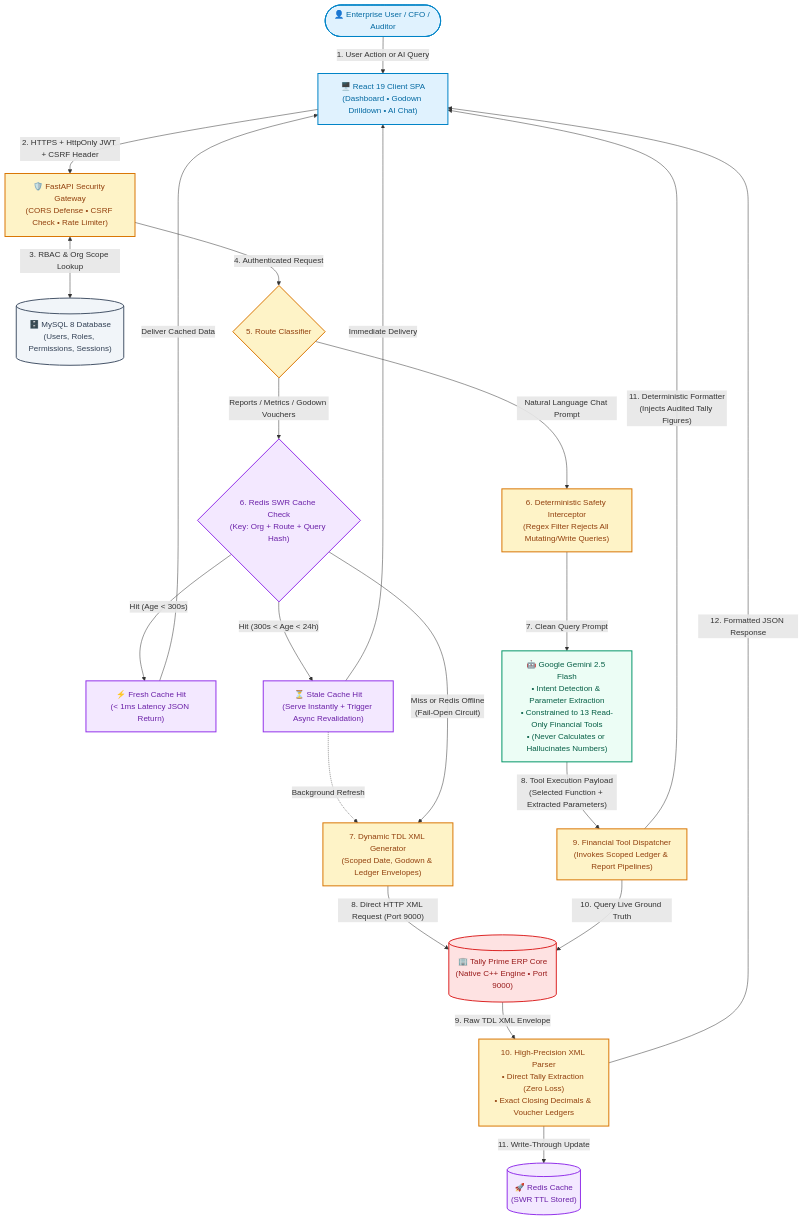
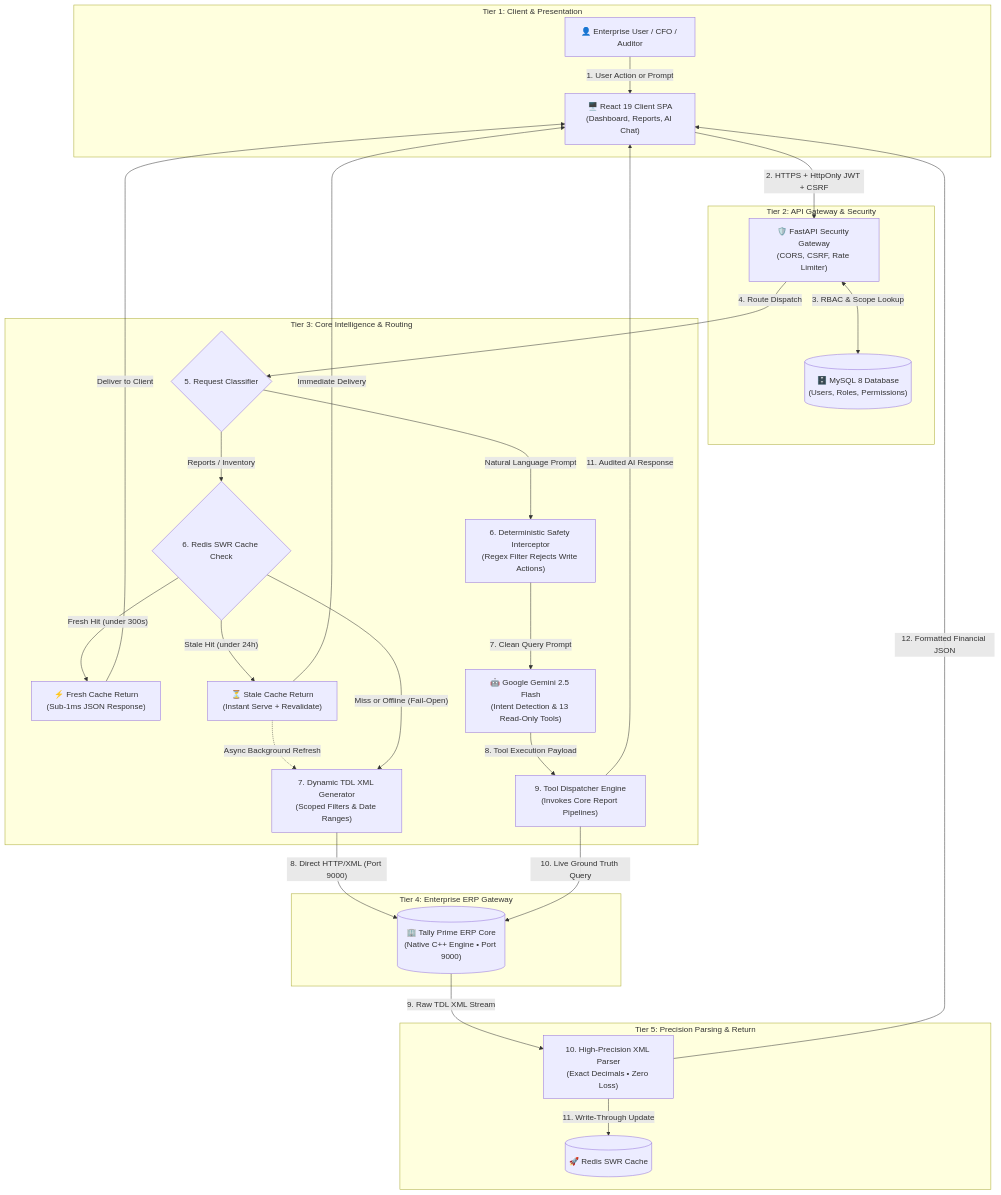
Before and after one commit to MonikaBuilds/tally_finance: the diagram in README.md, drawn with Mermaid. The commit also changed other lines of this file, not shown here.

````diff
--- a/README.md
+++ b/README.md
@@ -18,64 +75,41 @@
 ```mermaid
 flowchart TD
-    %% ==========================================
-    %% CLIENT & TRANSPORT INGESTION
-    %% ==========================================
-    User(["👤 Enterprise User / CFO / Auditor"]) -->|"1. User Action or AI Query"| UI["🖥️ React 19 Client SPA\n(Dashboard • Godown Drilldown • AI Chat)"]
-    
-    UI -->|"2. HTTPS + HttpOnly JWT + CSRF Header"| Gateway["🛡️ FastAPI Security Gateway\n(CORS Defense • CSRF Check • Rate Limiter)"]
+    subgraph Tier1["Tier 1: Client & Presentation"]
+        User["👤 Enterprise User / CFO / Auditor"] -->|"1. User Action or Prompt"| UI["🖥️ React 19 Client SPA\n(Dashboard, Reports, AI Chat)"]
+    end
 
-    Gateway <-->|"3. RBAC & Org Scope Lookup"| MySQL[("🗄️ MySQL 8 Database\n(Users, Roles, Permissions, Sessions)")]
+    subgraph Tier2["Tier 2: API Gateway & Security"]
+        UI -->|"2. HTTPS + HttpOnly JWT + CSRF"| Gateway["🛡️ FastAPI Security Gateway\n(CORS, CSRF, Rate Limiter)"]
+        Gateway <-->|"3. RBAC & Scope Lookup"| MySQL[("🗄️ MySQL 8 Database\n(Users, Roles, Permissions)")]
+    end
 
-    Gateway -->|"4. Authenticated Request"| Router{"5. Route Classifier"}
+    subgraph Tier3["Tier 3: Core Intelligence & Routing"]
+        Gateway -->|"4. Route Dispatch"| Router{"5. Request Classifier"}
 
-    %% ==========================================
-    %% BRANCH A: FINANCIAL & INVENTORY FLOW
-    %% ==========================================
-    Router -->|"Reports / Metrics / Godown Vouchers"| SWR{"6. Redis SWR Cache Check\n(Key: Org + Route + Query Hash)"}
+        Router -->|"Reports / Inventory"| SWR{"6. Redis SWR Cache Check"}
+        SWR -->|"Fresh Hit (under 300s)"| FreshReturn["⚡ Fresh Cache Return\n(Sub-1ms JSON Response)"]
+        FreshReturn -->|"Deliver to Client"| UI
 
-    SWR -->|"Hit (Age &lt; 300s)"| FreshReturn["⚡ Fresh Cache Hit\n(&lt; 1ms Latency JSON Return)"]
-    FreshReturn -->|"Deliver Cached Data"| UI
+        SWR -->|"Stale Hit (under 24h)"| StaleReturn["⏳ Stale Cache Return\n(Instant Serve + Revalidate)"]
+        StaleReturn -->|"Immediate Delivery"| UI
+        StaleReturn -.->|"Async Background Refresh"| TDLGen
 
-    SWR -->|"Hit (300s &lt; Age &lt; 24h)"| StaleReturn["⏳ Stale Cache Hit\n(Serve Instantly + Trigger Async Revalidation)"]
-    StaleReturn -->|"Immediate Delivery"| UI
-    StaleReturn -.->|"Background Refresh"| TDLGen
+        SWR -->|"Miss or Offline (Fail-Open)"| TDLGen["7. Dynamic TDL XML Generator\n(Scoped Filters & Date Ranges)"]
 
-    SWR -->|"Miss or Redis Offline\n(Fail-Open Circuit)"| TDLGen["7. Dynamic TDL XML Generator\n(Scoped Date, Godown & Ledger Envelopes)"]
+        Router -->|"Natural Language Prompt"| SafetyGuard["6. Deterministic Safety Interceptor\n(Regex Filter Rejects Write Actions)"]
+        SafetyGuard -->|"7. Clean Query Prompt"| GeminiAI["🤖 Google Gemini 2.5 Flash\n(Intent Detection & 13 Read-Only Tools)"]
+        GeminiAI -->|"8. Tool Execution Payload"| Dispatcher["9. Tool Dispatcher Engine\n(Invokes Core Report Pipelines)"]
+    end
 
-    TDLGen -->|"8. Direct HTTP XML Request (Port 9000)"| Tally[("🏢 Tally Prime ERP Core\n(Native C++ Engine • Port 9000)")]
+    subgraph Tier4["Tier 4: Enterprise ERP Gateway"]
+        TDLGen -->|"8. Direct HTTP/XML (Port 9000)"| Tally[("🏢 Tally Prime ERP Core\n(Native C++ Engine • Port 9000)")]
+        Dispatcher -->|"10. Live Ground Truth Query"| Tally
+    end
 
-    Tally -->|"9. Raw TDL XML Envelope"| Parser["10. High-Precision XML Parser\n• Direct Tally Extraction (Zero Loss)\n• Exact Closing Decimals & Voucher Ledgers"]
-
-    Parser -->|"11. Write-Through Update"| RedisStore[("🚀 Redis Cache\n(SWR TTL Stored)")]
-    Parser -->|"12. Formatted JSON Response"| UI
-
-    %% ==========================================
-    %% BRANCH B: DETERMINISTIC AI ASSISTANT FLOW
-    %% ==========================================
-    Router -->|"Natural Language Chat Prompt"| SafetyGuard["6. Deterministic Safety Interceptor\n(Regex Filter Rejects All Mutating/Write Queries)"]
-
-    SafetyGuard -->|"7. Clean Query Prompt"| GeminiAI["🤖 Google Gemini 2.5 Flash\n• Intent Detection & Parameter Extraction\n• Constrained to 13 Read-Only Financial Tools\n• (Never Calculates or Hallucinates Numbers)"]
-
-    GeminiAI -->|"8. Tool Execution Payload\n(Selected Function + Extracted Parameters)"| Dispatcher["9. Financial Tool Dispatcher\n(Invokes Scoped Ledger & Report Pipelines)"]
-
-    Dispatcher -->|"10. Query Live Ground Truth"| Tally
-
-    Dispatcher -->|"11. Deterministic Formatter\n(Injects Audited Tally Figures)"| UI
-
-    %% ==========================================
-    %% VISUAL STYLING
-    %% ==========================================
-    classDef clientClass fill:#e0f2fe,stroke:#0284c7,stroke-width:2px,color:#0369a1;
-    classDef gatewayClass fill:#fef3c7,stroke:#d97706,stroke-width:2px,color:#92400e;
-    classDef tallyClass fill:#fee2e2,stroke:#dc2626,stroke-width:2px,color:#991b1b;
-    classDef cacheClass fill:#f3e8ff,stroke:#9333ea,stroke-width:2px,color:#6b21a8;
-    classDef aiClass fill:#ecfdf5,stroke:#059669,stroke-width:2px,color:#065f46;
-    classDef dbClass fill:#f1f5f9,stroke:#475569,stroke-width:2px,color:#334155;
-
-    class User,UI clientClass;
-    class Gateway,Router,TDLGen,Parser,Dispatcher,SafetyGuard gatewayClass;
-    class Tally tallyClass;
-    class SWR,FreshReturn,StaleReturn,RedisStore cacheClass;
-    class GeminiAI aiClass;
-    class MySQL dbClass;
+    subgraph Tier5["Tier 5: Precision Parsing & Return"]
+        Tally -->|"9. Raw TDL XML Stream"| Parser["10. High-Precision XML Parser\n(Exact Decimals • Zero Loss)"]
+        Parser -->|"11. Write-Through Update"| RedisStore[("🚀 Redis SWR Cache")]
+        Parser -->|"12. Formatted Financial JSON"| UI
+        Dispatcher -->|"11. Audited AI Response"| UI
+    end
 ```
````
